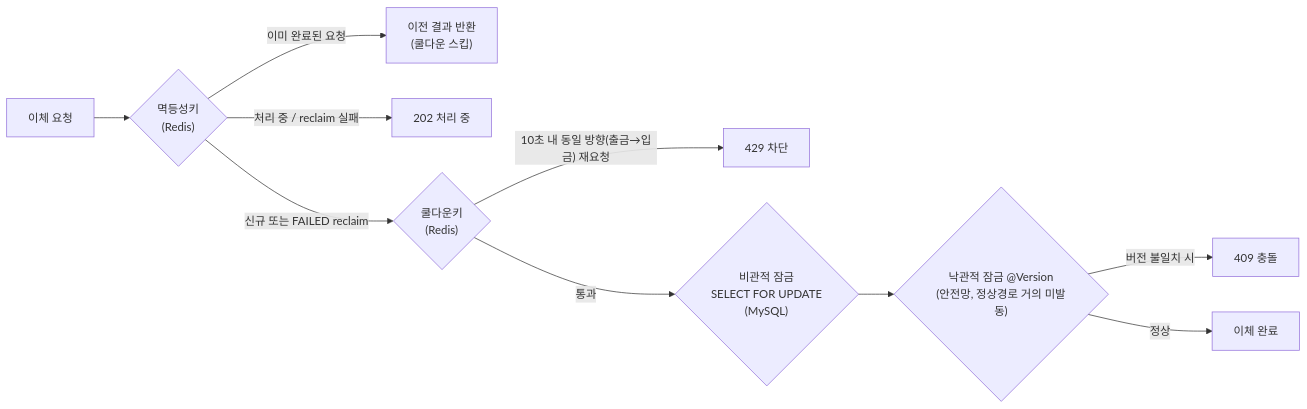
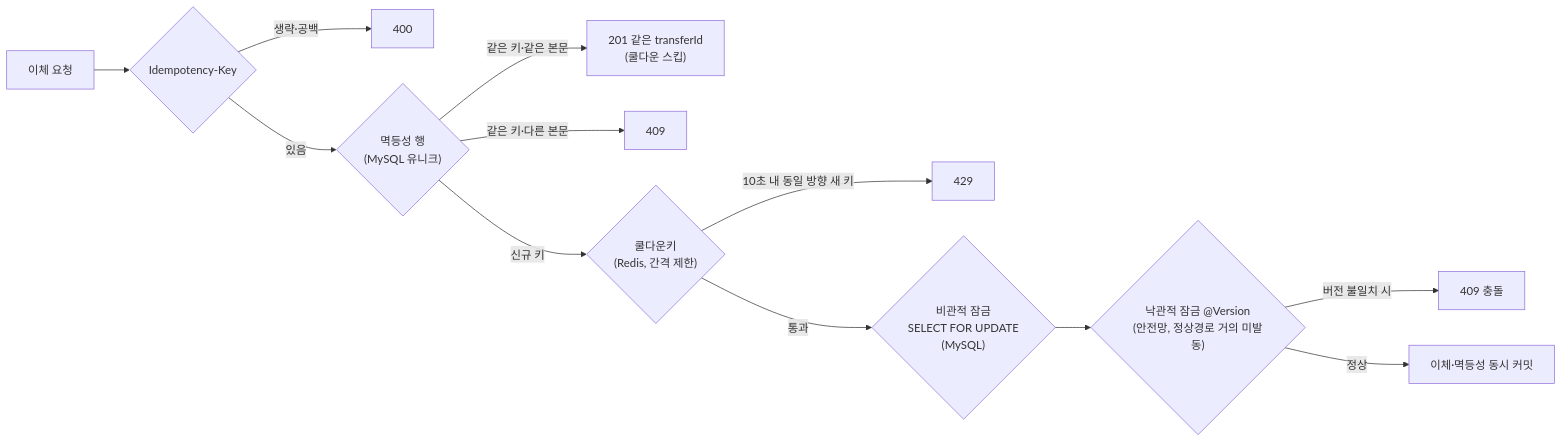
The third of 3 diagrams in README.md (Pray-T/BankTransferSys_Backend_Restful), drawn with Mermaid before and after one commit. The commit also changed other lines of this file and 15 other files, not shown here.

````diff
--- a/README.md
+++ b/README.md
@@ -339,12 +338,14 @@
 ```mermaid
 graph LR
-    REQ["이체 요청"] --> ID{"멱등성키\n(Redis)"}
-    ID -->|"이미 완료된 요청"| R3["이전 결과 반환\n(쿨다운 스킵)"]
-    ID -->|"처리 중 / reclaim 실패"| R2["202 처리 중"]
-    ID -->|"신규 또는 FAILED reclaim"| CD{"쿨다운키\n(Redis)"}
-    CD -->|"10초 내 동일 방향(출금→입금) 재요청"| R1["429 차단"]
+    REQ["이체 요청"] --> KEY{"Idempotency-Key"}
+    KEY -->|"생략·공백"| R0["400"]
+    KEY -->|"있음"| ID{"멱등성 행\n(MySQL 유니크)"}
+    ID -->|"같은 키·같은 본문"| R3["201 같은 transferId\n(쿨다운 스킵)"]
+    ID -->|"같은 키·다른 본문"| R5["409"]
+    ID -->|"신규 키"| CD{"쿨다운키\n(Redis, 간격 제한)"}
+    CD -->|"10초 내 동일 방향 새 키"| R1["429"]
     CD -->|"통과"| PL{"비관적 잠금\nSELECT FOR UPDATE\n(MySQL)"}
     PL --> OL{"낙관적 잠금 @Version\n(안전망, 정상경로 거의 미발동)"}
     OL -->|"버전 불일치 시"| R4["409 충돌"]
-    OL -->|"정상"| OK["이체 완료"]
+    OL -->|"정상"| OK["이체·멱등성 동시 커밋"]
 ```
````
